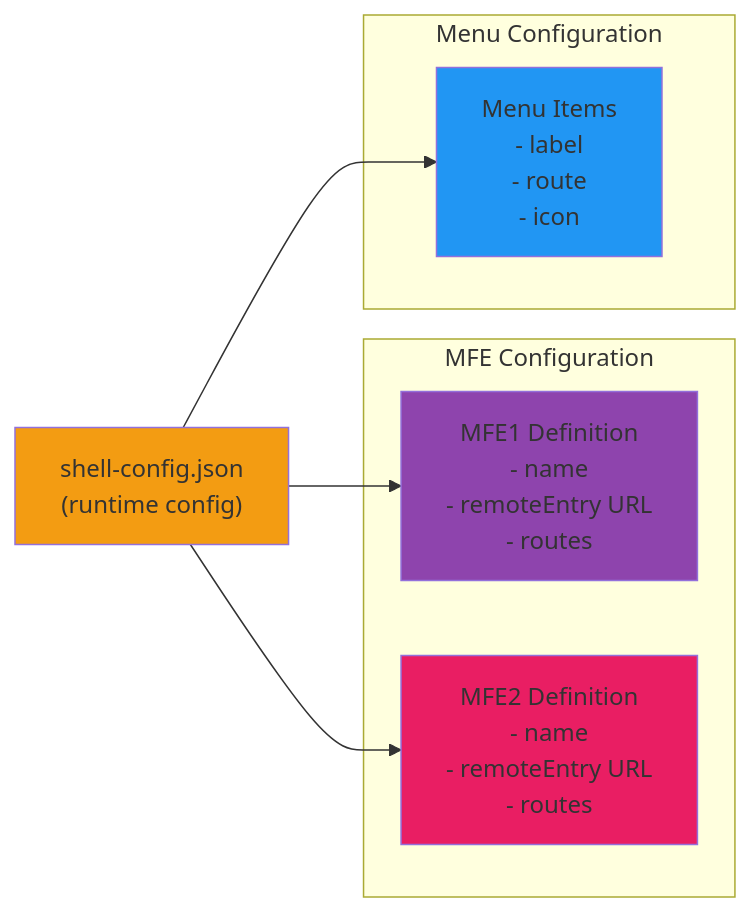
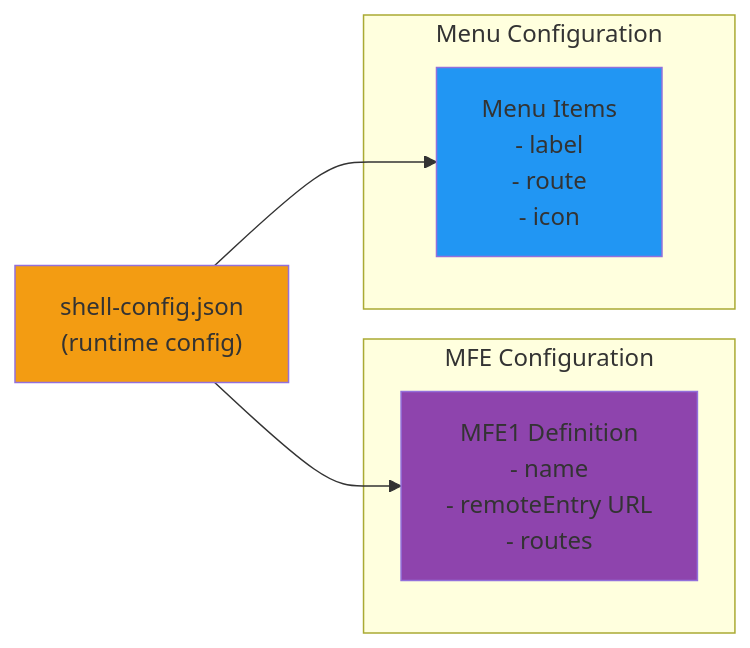
The fifth of 13 diagrams in spec/ARCHITECTURE.md (PolecatWorks/Mfe-shell), drawn with Mermaid before and after one commit. The commit also changed other lines of this file and 58 other files, not shown here.

````diff
--- a/spec/ARCHITECTURE.md
+++ b/spec/ARCHITECTURE.md
@@ -252,22 +209,19 @@
 ```mermaid
 graph LR
     Config["shell-config.json<br/>(runtime config)"]
     
     subgraph "MFE Configuration"
         MFE1Def["MFE1 Definition<br/>- name<br/>- remoteEntry URL<br/>- routes"]
-        MFE2Def["MFE2 Definition<br/>- name<br/>- remoteEntry URL<br/>- routes"]
     end
     
     subgraph "Menu Configuration"
         MenuItems["Menu Items<br/>- label<br/>- route<br/>- icon"]
     end
     
     Config --> MFE1Def
-    Config --> MFE2Def
     Config --> MenuItems
     
     style Config fill:#F39C12
     style MFE1Def fill:#8E44AD
-    style MFE2Def fill:#E91E63
     style MenuItems fill:#2196F3
 ```
````
